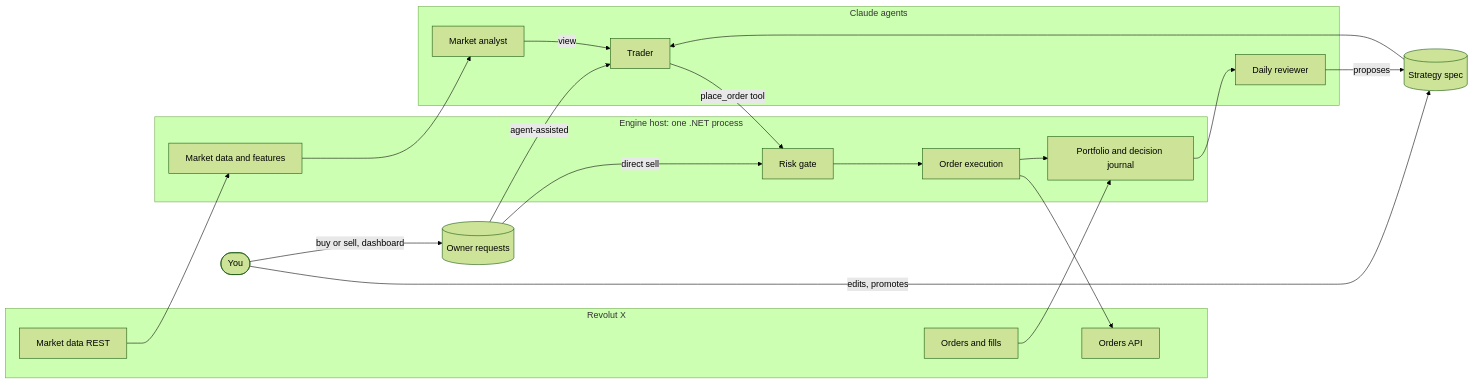
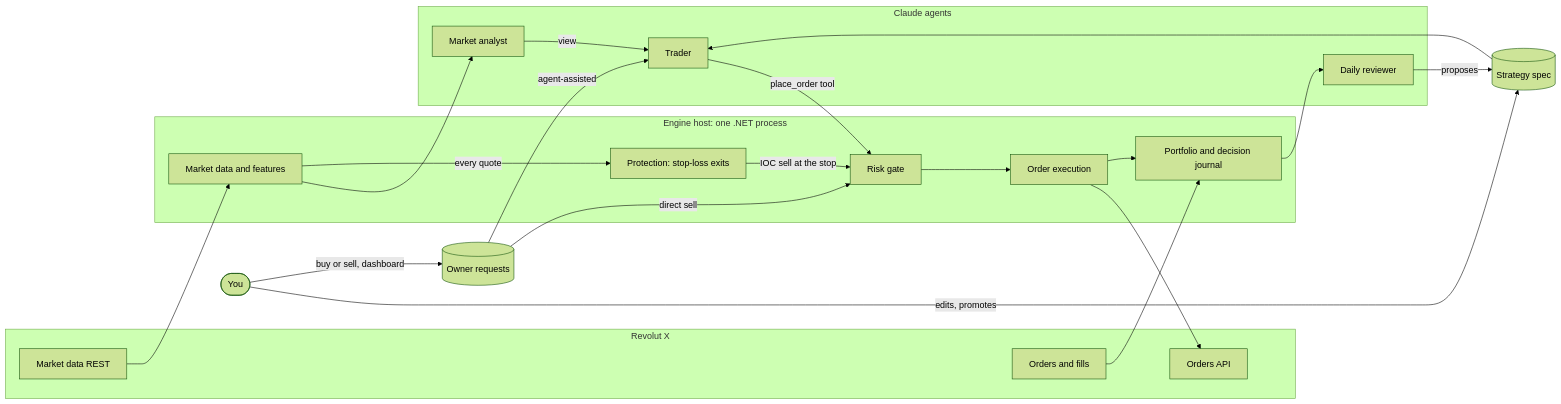
One commit to andreykukalev/cix changed the diagram in docs/architecture.md. Above: the diagram before and after it, drawn with Mermaid (forest theme). The commit also changed other lines of this file and 31 other files, not shown here.

First line of the commit message:
Sell at the stop on every quote, through Pause and the kill switch

````diff
--- a/docs/architecture.md
+++ b/docs/architecture.md
@@ -16,33 +16,35 @@
 ```mermaid
 flowchart LR
     subgraph RX[Revolut X]
         MD[Market data REST]
         OA[Orders API]
         OF[Orders and fills]
     end
     subgraph HOST[Engine host: one .NET process]
         F[Market data and features]
         RG[Risk gate]
+        PR[Protection: stop-loss exits]
         EX[Order execution]
         J[Portfolio and decision journal]
     end
     subgraph AG[Claude agents]
         AN[Market analyst]
         TR[Trader]
         RV[Daily reviewer]
     end
     SP[(Strategy spec)]
     YOU([You])
     RQ[(Owner requests)]
 
     MD --> F --> AN -->|view| TR
+    F -->|every quote| PR -->|IOC sell at the stop| RG
     TR -->|place_order tool| RG --> EX --> OA
     OF --> J
     EX --> J
     J --> RV -->|proposes| SP
     YOU -->|edits, promotes| SP
     SP --> TR
     YOU -->|buy or sell, dashboard| RQ
     RQ -->|direct sell| RG
     RQ -->|agent-assisted| TR
 ```
````
